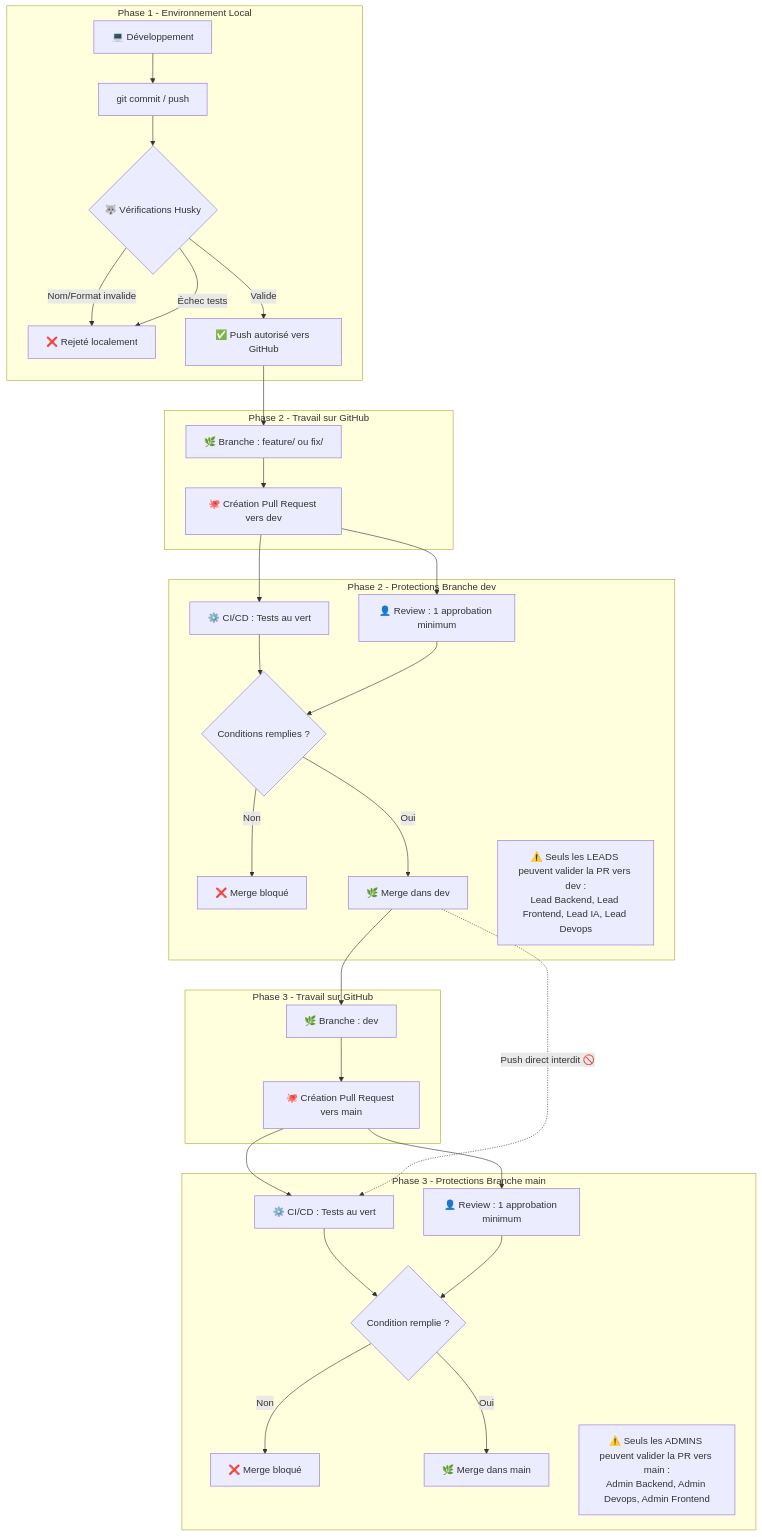
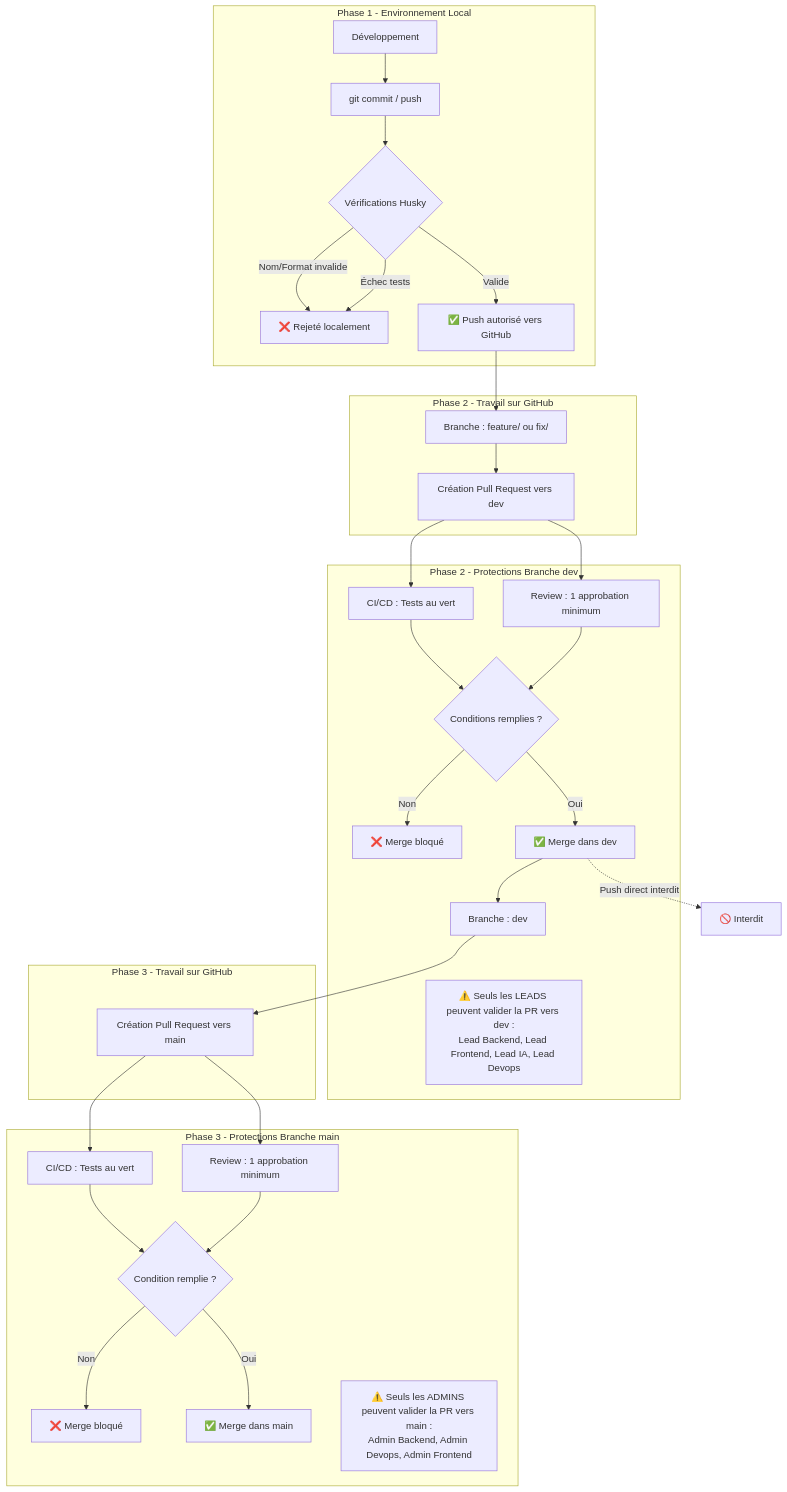
The diagram in docs/CONTRIBUTING.md (Collectionr/collectionr_epitech), drawn with Mermaid before and after one commit.

Commit message:
📝 : mise à jour du guide de contribution avec clarifications sur les vérifications et les protections de branche

````diff
--- a/docs/CONTRIBUTING.md
+++ b/docs/CONTRIBUTING.md
@@ -333,43 +333,44 @@
 ```mermaid
 flowchart TD
     subgraph P1["Phase 1 - Environnement Local"]
-        A["💻 Développement"] --> B["git commit / push"]
-        B --> C{"🐺 Vérifications Husky"}
+        A["Développement"] --> B["git commit / push"]
+        B --> C{"Vérifications Husky"}
         C -- "Nom/Format invalide" --> D["❌ Rejeté localement"]
         C -- "Échec tests" --> D
         C -- "Valide" --> E["✅ Push autorisé vers GitHub"]
     end
 
     subgraph P2G["Phase 2 - Travail sur GitHub"]
-        F["🌿 Branche : feature/ ou fix/"] --> G["🐙 Création Pull Request vers dev"]
+        F["Branche : feature/ ou fix/"] --> G["Création Pull Request vers dev"]
     end
 
     subgraph P2D["Phase 2 - Protections Branche dev"]
-        H["⚙️ CI/CD : Tests au vert"] --> I{"Conditions remplies ?"}
-        H2["👤 Review : 1 approbation minimum"] --> I
+        H["CI/CD : Tests au vert"] --> I{"Conditions remplies ?"}
+        H2["Review : 1 approbation minimum"] --> I
         I -- "Non" --> J["❌ Merge bloqué"]
-        I -- "Oui" --> K["🌿 Merge dans dev"]
-        L["⚠️ Seuls les LEADS peuvent valider la PR vers dev :\nLead Backend, Lead Frontend, Lead IA, Lead Devops"]
-    end
+        I -- "Oui" --> K["✅ Merge dans dev"]
+        M ~~~ L["⚠️ Seuls les LEADS peuvent valider la PR vers dev :\nLead Backend, Lead Frontend, Lead IA, Lead Devops"]
+end
 
     subgraph P3G["Phase 3 - Travail sur GitHub"]
-        M["🌿 Branche : dev"] --> N["🐙 Création Pull Request vers main"]
+        M["Branche : dev"] --> N["Création Pull Request vers main"]
     end
 
     subgraph P3M["Phase 3 - Protections Branche main"]
-        O["⚙️ CI/CD : Tests au vert"] --> P{"Condition remplie ?"}
-        O2["👤 Review : 1 approbation minimum"] --> P
+        O["CI/CD : Tests au vert"] --> P{"Condition remplie ?"}
+        O2["Review : 1 approbation minimum"] --> P
         P -- "Non" --> Q["❌ Merge bloqué"]
-        P -- "Oui" --> R["🌿 Merge dans main"]
+        P -- "Oui" --> R["✅ Merge dans main"]
         S["⚠️ Seuls les ADMINS peuvent valider la PR vers main :\nAdmin Backend, Admin Devops, Admin Frontend"]
     end
 
     E --> F
     G --> H
     G --> H2
     K --> M
     N --> O
     N --> O2
 
-    K -.->|"Push direct interdit 🚫"| O
+    X["🚫 Interdit"]
+    K -.->|"Push direct interdit"| X
 ```
````
